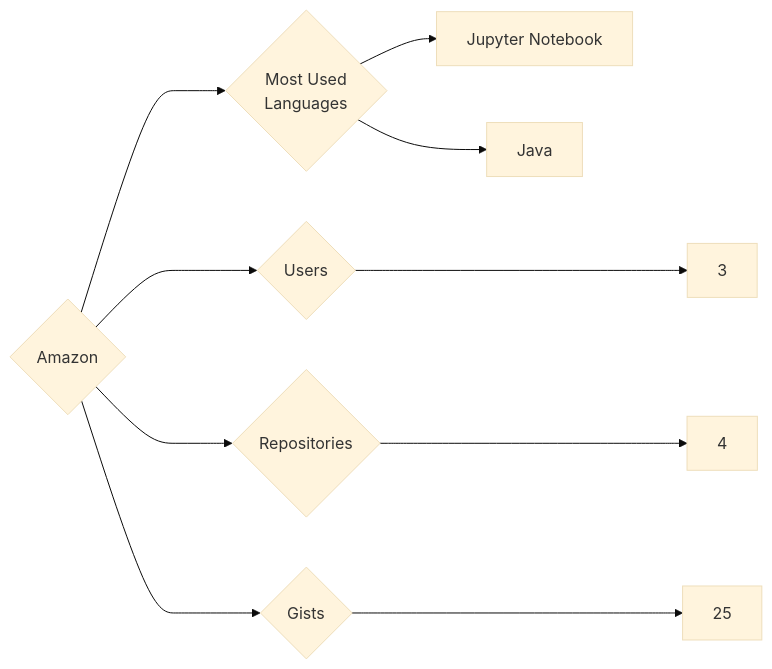
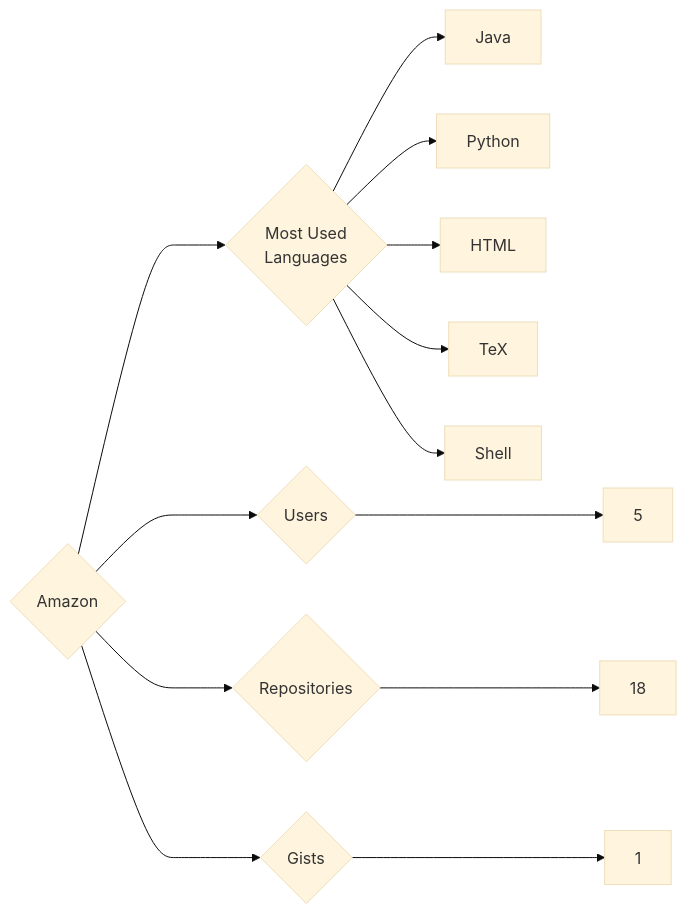
The diagram in targets/Amazon/README.md (trickest/insiders), drawn with Mermaid (base theme) before and after one commit. The commit also changed 1003 other files, not shown here.

````diff
--- a/targets/Amazon/README.md
+++ b/targets/Amazon/README.md
@@ -3,10 +3,13 @@
 ```mermaid
 graph LR
 COMPANY_NAME{Amazon}
-COMPANY_NAME ---> U{Users} ---> UN[3]
-COMPANY_NAME ---> R{Repositories} ---> RN[4]
-COMPANY_NAME ---> G{Gists} ---> GN[25]
+COMPANY_NAME ---> U{Users} ---> UN[5]
+COMPANY_NAME ---> R{Repositories} ---> RN[18]
+COMPANY_NAME ---> G{Gists} ---> GN[1]
 COMPANY_NAME ---> ML{Most Used<br>Languages}
-ML --> Jupyter_Notebook[Jupyter Notebook]
 ML --> Java[Java]
+ML --> Python[Python]
+ML --> HTML[HTML]
+ML --> TeX[TeX]
+ML --> Shell[Shell]
 ```
````
